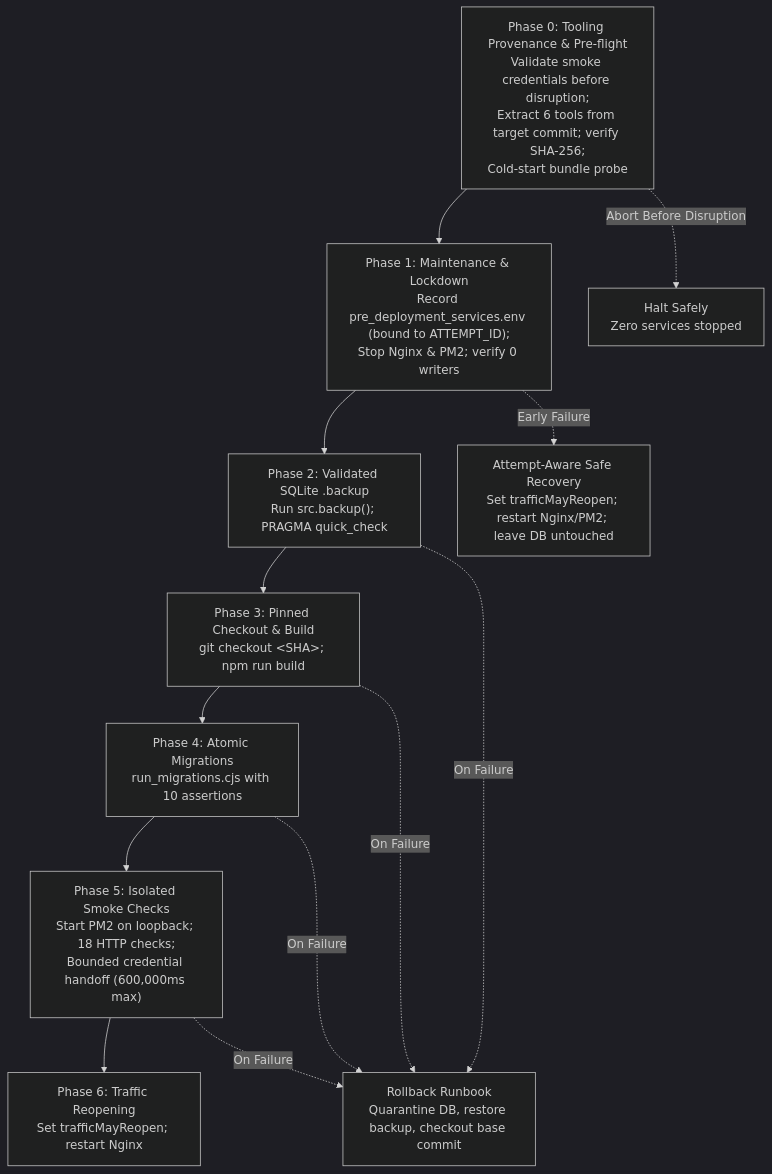
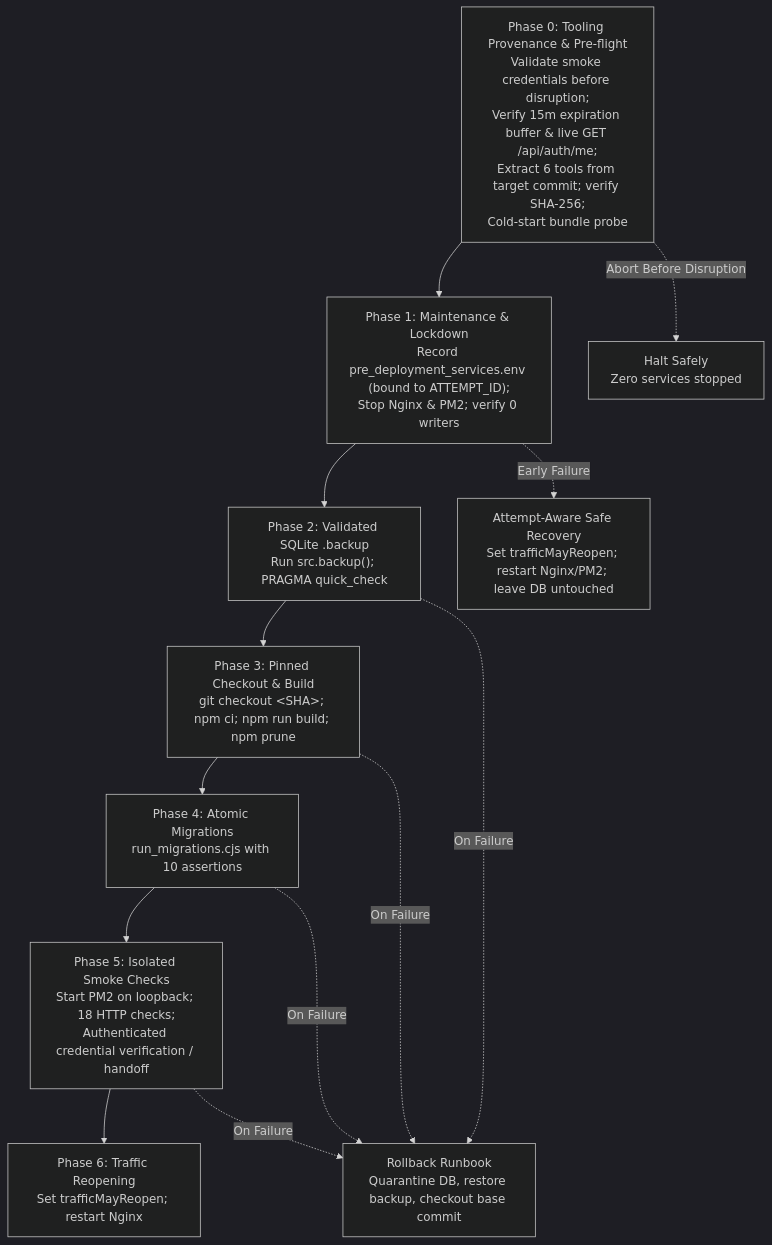
One commit to abir-ahamed-glitch/bfi-classroom changed the diagram in docs/reports/super-admin-deployment-readiness.md. Above: the diagram before and after it, drawn with Mermaid (dark theme). The commit also changed other lines of this file and 7 other files, not shown here.

````diff
--- a/docs/reports/super-admin-deployment-readiness.md
+++ b/docs/reports/super-admin-deployment-readiness.md
@@ -61,16 +61,16 @@
 ```mermaid
 flowchart TD
-    P0["Phase 0: Tooling Provenance & Pre-flight<br/>Validate smoke credentials before disruption;<br/>Extract 6 tools from target commit; verify SHA-256;<br/>Cold-start bundle probe"] --> P1["Phase 1: Maintenance & Lockdown<br/>Record pre_deployment_services.env (bound to ATTEMPT_ID);<br/>Stop Nginx & PM2; verify 0 writers"]
+    P0["Phase 0: Tooling Provenance & Pre-flight<br/>Validate smoke credentials before disruption;<br/>Verify 15m expiration buffer & live GET /api/auth/me;<br/>Extract 6 tools from target commit; verify SHA-256;<br/>Cold-start bundle probe"] --> P1["Phase 1: Maintenance & Lockdown<br/>Record pre_deployment_services.env (bound to ATTEMPT_ID);<br/>Stop Nginx & PM2; verify 0 writers"]
     P1 --> P2["Phase 2: Validated SQLite .backup<br/>Run src.backup(); PRAGMA quick_check"]
-    P2 --> P3["Phase 3: Pinned Checkout & Build<br/>git checkout &lt;SHA&gt;; npm run build"]
+    P2 --> P3["Phase 3: Pinned Checkout & Build<br/>git checkout &lt;SHA&gt;; npm ci; npm run build; npm prune"]
     P3 --> P4["Phase 4: Atomic Migrations<br/>run_migrations.cjs with 10 assertions"]
-    P4 --> P5["Phase 5: Isolated Smoke Checks<br/>Start PM2 on loopback; 18 HTTP checks;<br/>Bounded credential handoff (600,000ms max)"]
+    P4 --> P5["Phase 5: Isolated Smoke Checks<br/>Start PM2 on loopback; 18 HTTP checks;<br/>Authenticated credential verification / handoff"]
     P5 --> P6["Phase 6: Traffic Reopening<br/>Set trafficMayReopen; restart Nginx"]
     
     P0 -.->|Abort Before Disruption| H["Halt Safely<br/>Zero services stopped"]
     P1 -.->|Early Failure| R0["Attempt-Aware Safe Recovery<br/>Set trafficMayReopen; restart Nginx/PM2; leave DB untouched"]
     P2 -.->|On Failure| R["Rollback Runbook<br/>Quarantine DB, restore backup, checkout base commit"]
     P3 -.->|On Failure| R
     P4 -.->|On Failure| R
     P5 -.->|On Failure| R
 ```
````
